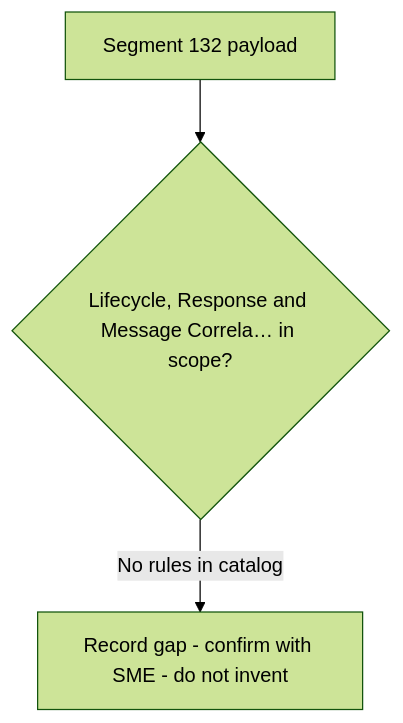
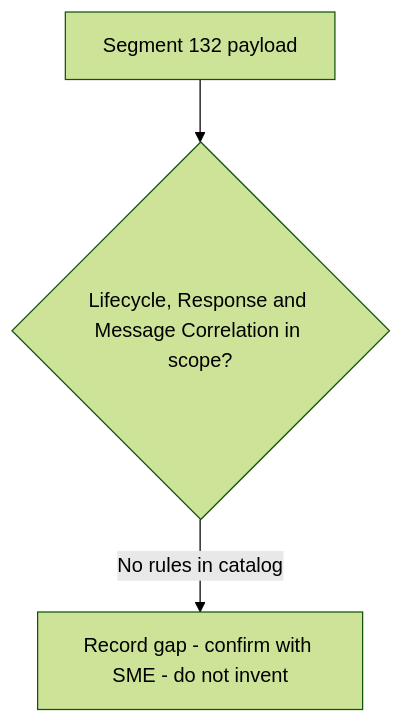
The diagram in regression-artifact-validator/specifications/ATL105/docs/specs/kb/segment-132/lifecycle-response-correlation-flow.md (DhanSingh-hub/core-auth-ai-validation-framework), drawn with Mermaid (forest theme) before and after one commit. The commit also changed 150 other files, not shown here.

````diff
--- a/regression-artifact-validator/specifications/ATL105/docs/specs/kb/segment-132/lifecycle-response-correlation-flow.md
+++ b/regression-artifact-validator/specifications/ATL105/docs/specs/kb/segment-132/lifecycle-response-correlation-flow.md
@@ -3,5 +3,5 @@
 ```mermaid
 flowchart TD
-    A[Segment 132 payload] --> B{Lifecycle, Response and Message Correla… in scope?}
+    A[Segment 132 payload] --> B{Lifecycle, Response and Message Correlation in scope?}
     B -->|No rules in catalog| G[Record gap - confirm with SME - do not invent]
 ```
````
